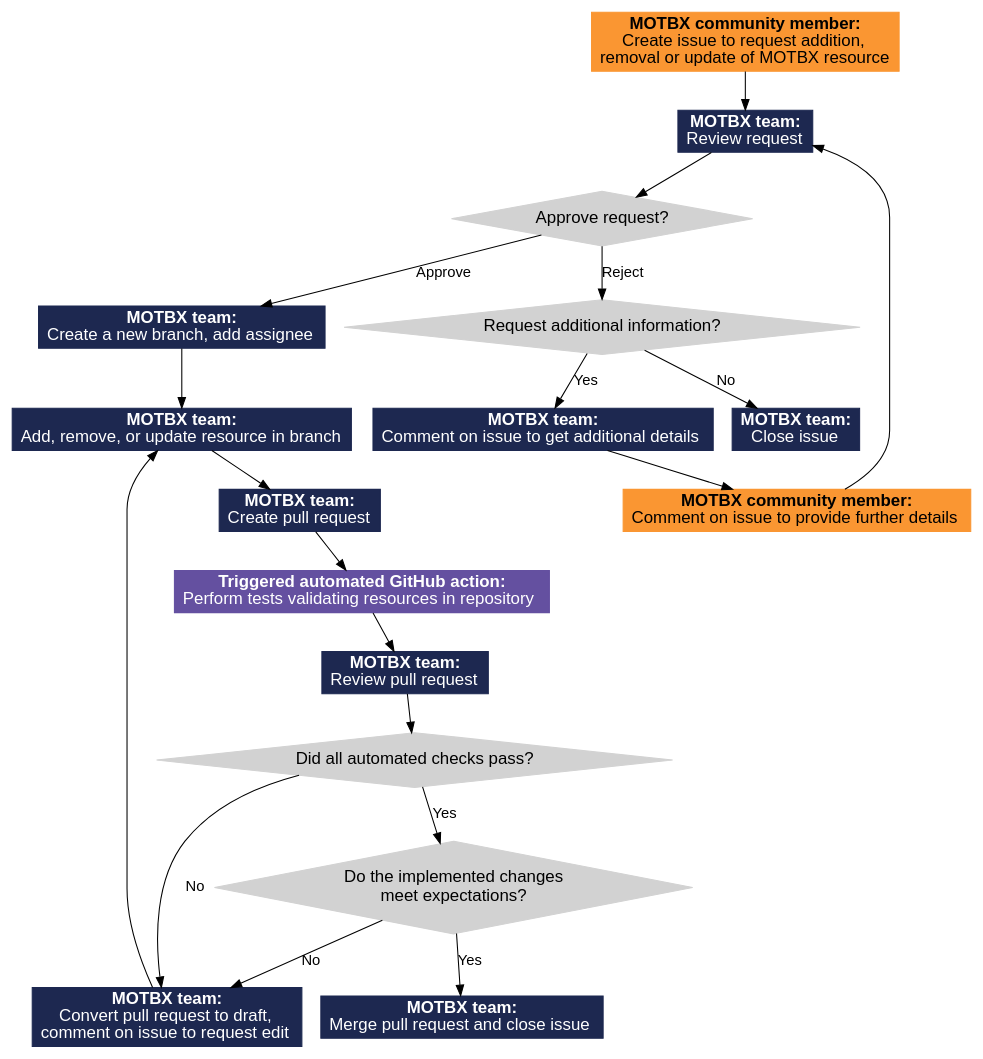
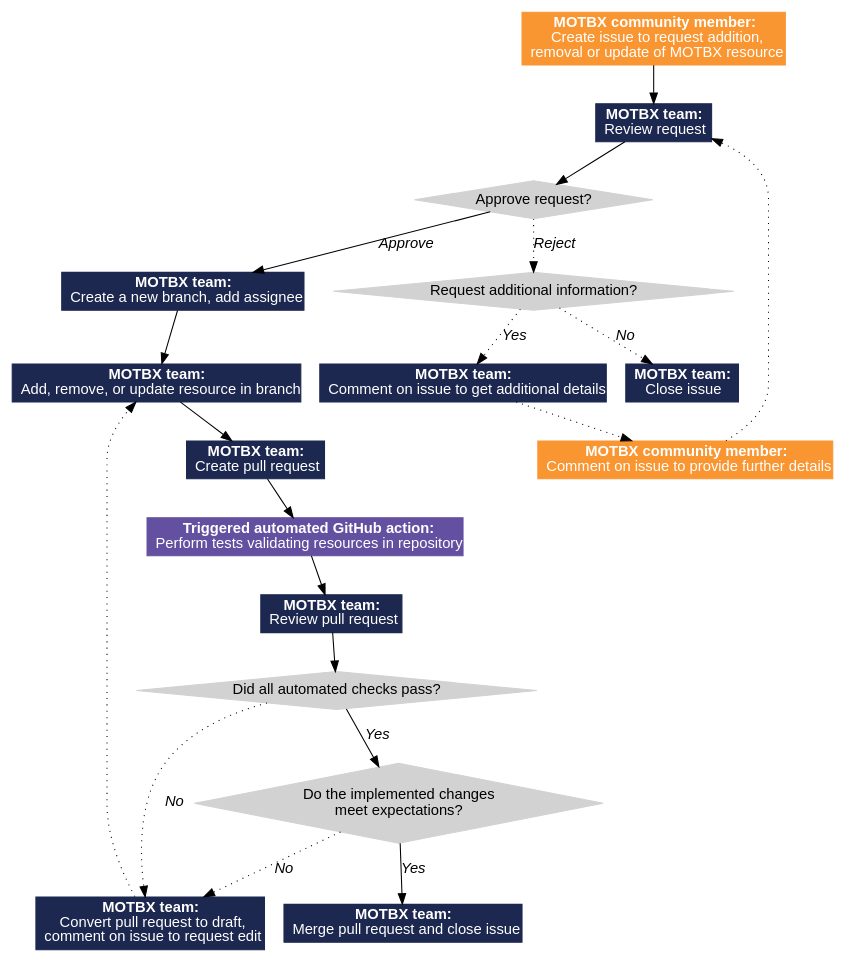
The first of 2 diagrams in doc/contribute.rst (EATRIS/motbx), drawn with Graphviz before and after one commit. The commit also changed other lines of this file, not shown here.

Commit message:
workflow summarise resources

```diff
--- a/doc/contribute.rst
+++ b/doc/contribute.rst
@@ -22,13 +41,14 @@
 
    digraph add_resource {
         fontname="Helvetica,Arial,sans-serif"
+        tooltip="Workflow: changing a MOTBX resource"
         node [
-            fontname="Helvetica,Arial,sans-serif", fontsize=16,
+            fontname="Helvetica,Arial,sans-serif",
             shape=box, style="filled"]
         edge [fontname="Helvetica,Arial,sans-serif"]
         issue_creation [
             label=<<b>MOTBX community member:</b><br/>Create issue to request addition,<br/>removal or update of MOTBX resource​>,
-            color="#fa9632", tooltip="Create issue",
+            color="#fa9632", tooltip="Create issue", fontcolor="#ffffff",
             URL="https://github.com/EATRIS/motbx/issues/new/choose"];
         first_review [
             label=<<b>MOTBX team:</b><br/>Review request​>,
@@ -50,7 +70,7 @@
         provide_info [
             label=<<b>MOTBX community member:</b><br/>Comment on issue to provide further details​>,
             color="#fa9632", tooltip="Provide further information",
-            URL="https://github.com/EATRIS/motbx/issues"];
+            fontcolor="#ffffff", URL="https://github.com/EATRIS/motbx/issues"];
         close_reject_issue [
             label=<<b>MOTBX team:</b><br/>Close issue​>,
             color="#1d2850", fontcolor="#ffffff", tooltip="Close issue",
@@ -93,17 +113,17 @@
             color="#1d2850", fontcolor="#ffffff", tooltip="Edits required",
             URL="https://github.com/EATRIS/motbx/pulls"];
         issue_creation -> first_review -> approve_request;
-        approve_request -> request_info [label="Reject"];
-        request_info -> comment_issue [label="Yes"];
-        comment_issue -> provide_info -> first_review;
-        request_info -> close_reject_issue [label="No"];
-        approve_request -> branch_creation [label="Approve"];
+        approve_request -> request_info [label=<<i>Reject</i>>, style="dotted"];
+        request_info -> comment_issue [label=<<i>Yes</i>>, style="dotted"];
+        comment_issue -> provide_info -> first_review [style="dotted"];
+        request_info -> close_reject_issue [label=<<i>No</i>>, style="dotted"];
+        approve_request -> branch_creation [label=<<i>Approve</i>>];
         branch_creation -> branch_update -> pull_request -> action_validation;
         action_validation -> pull_request_review -> validation_passed;
-        validation_passed -> expectations_met [label="Yes"];
-        expectations_met -> pull_request_merge [label="Yes"];
-        validation_passed -> pull_request_draft [label="No"];
-        expectations_met -> pull_request_draft [label="No"];
-        pull_request_draft -> branch_update;
+        validation_passed -> expectations_met [label=<<i>Yes</i>>];
+        expectations_met -> pull_request_merge [label=<<i>Yes</i>>];
+        validation_passed -> pull_request_draft [label=<<i>No</i>>, style="dotted"];
+        expectations_met -> pull_request_draft [label=<<i>No</i>>, style="dotted"];
+        pull_request_draft -> branch_update [style="dotted"];
 
    }
```
